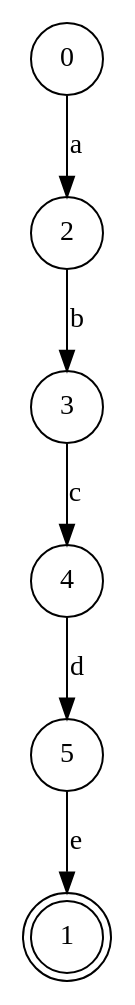
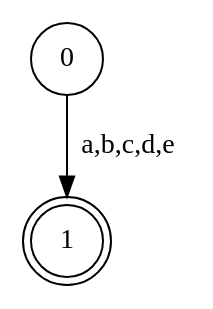
Before and after one commit to igorbragaia/CTC-34: the diagram in projeto_1/test-output/graph.gv, drawn with Graphviz. The commit also changed 3 other files, not shown here.

```diff
--- a/projeto_1/test-output/graph.gv
+++ b/projeto_1/test-output/graph.gv
@@ -1,13 +1,5 @@
 digraph {
 	0 [shape=circle]
 	1 [shape=doublecircle]
-	2 [shape=circle]
-	3 [shape=circle]
-	4 [shape=circle]
-	5 [shape=circle]
-	0 -> 2 [label=a]
-	2 -> 3 [label=b]
-	3 -> 4 [label=c]
-	4 -> 5 [label=d]
-	5 -> 1 [label=e]
+	0 -> 1 [label="a,b,c,d,e"]
 }
```
